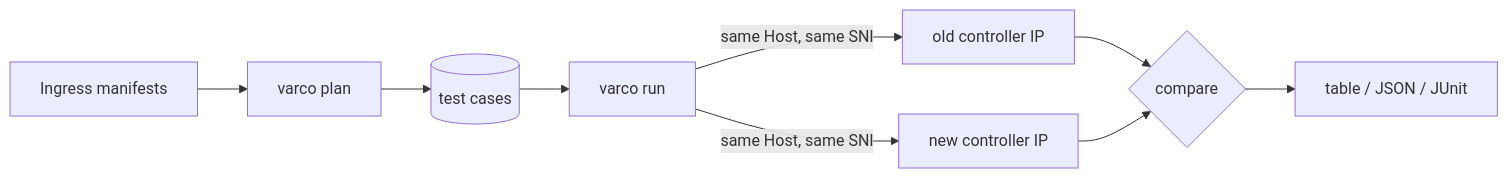
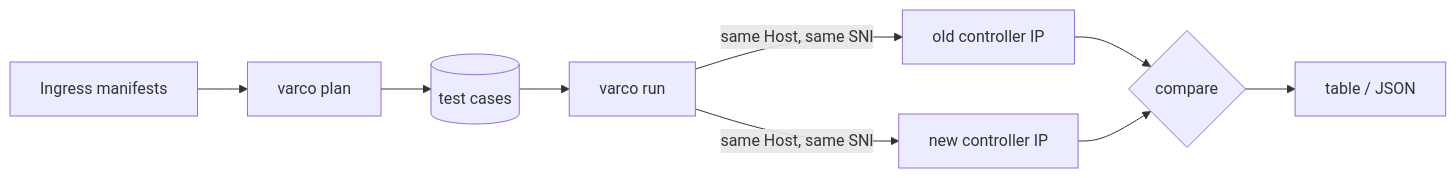
The diagram in README.md (HarnageaGabriel/varco), drawn with Mermaid before and after one commit. The commit also changed other lines of this file and 5 other files, not shown here.

````diff
--- a/README.md
+++ b/README.md
@@ -111,11 +130,11 @@
 ```mermaid
 flowchart LR
   A[Ingress manifests] --> B[varco plan]
   B --> C[(test cases)]
   C --> D[varco run]
   D -->|same Host, same SNI| E[old controller IP]
   D -->|same Host, same SNI| F[new controller IP]
   E --> G{compare}
   F --> G
-  G --> H[table / JSON / JUnit]
+  G --> H[table / JSON]
 ```
````
